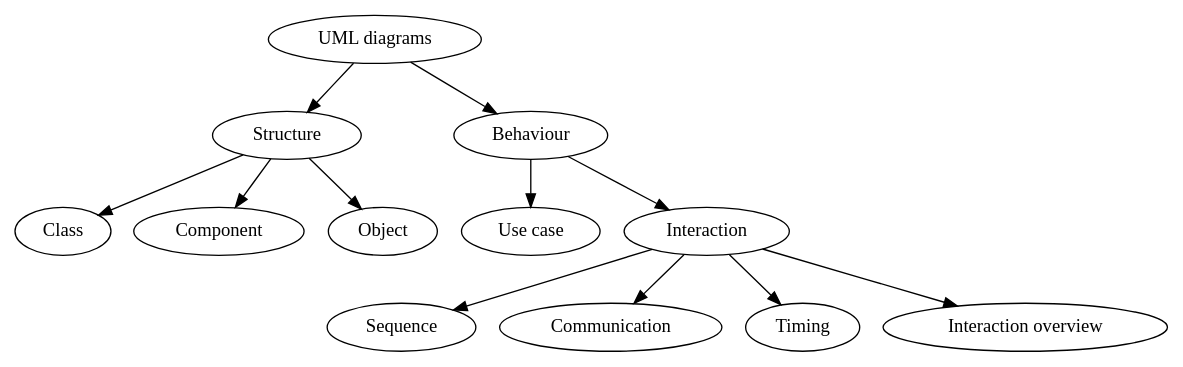
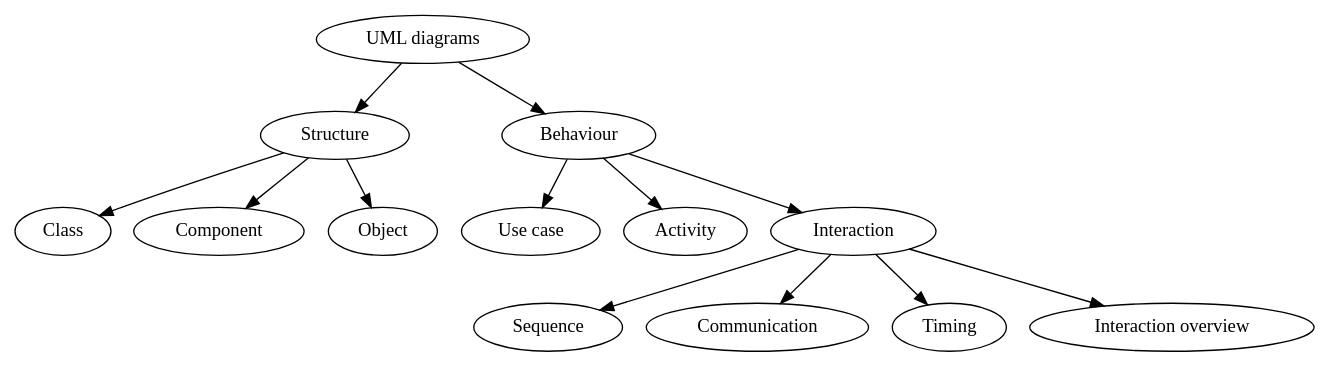
One commit to UPPMAX/programming_formalisms_intro changed the first of 5 diagrams in doc/flowcharts.md. Above: the diagram before and after it, drawn with Graphviz. The commit also changed other lines of this file, not shown here.

````diff
--- a/doc/flowcharts.md
+++ b/doc/flowcharts.md
@@ -67,11 +67,11 @@
 ```{graphviz}
 digraph{
 "UML diagrams"
 Structure, Behaviour
 "UML diagrams" -> Structure
 "UML diagrams" -> Behaviour
 Structure -> Class, Component,	Object
-Behaviour -> "Use case", Interaction
+Behaviour -> "Use case", Activity, Interaction
 Interaction -> Sequence, Communication, Timing, "Interaction overview"
 }
 ```
````
